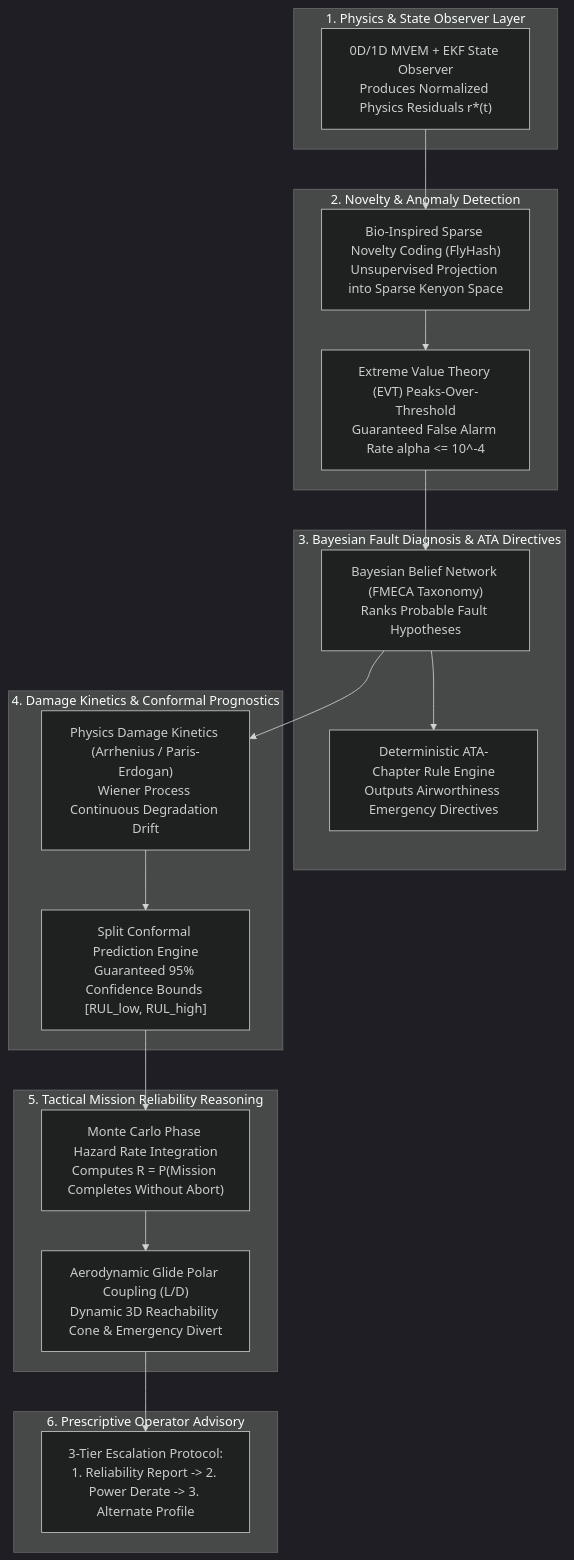
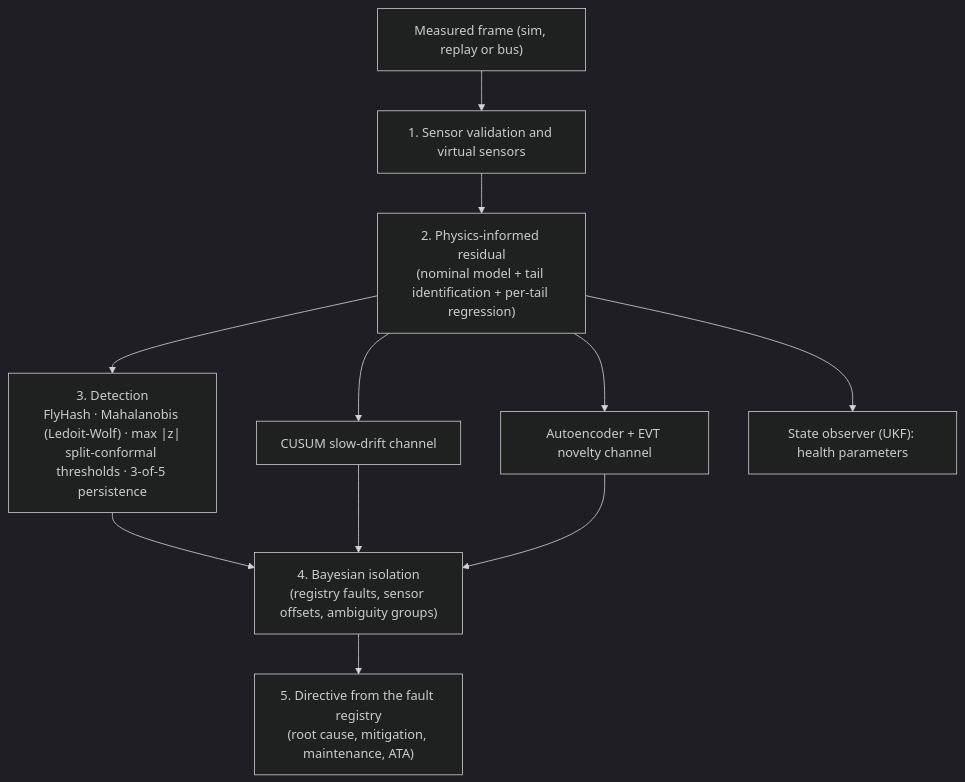
Before and after one commit to Aayush-Deshpande/Maverick: the diagram in docs_site/technical/09-ai-ml-architecture.md, drawn with Mermaid (dark theme). The commit also changed other lines of this file and 33 other files, not shown here.

````diff
--- a/docs_site/technical/09-ai-ml-architecture.md
+++ b/docs_site/technical/09-ai-ml-architecture.md
@@ -31,34 +9,11 @@
 ```mermaid
 flowchart TB
-    subgraph Physics["1. Physics & State Observer Layer"]
-        Res["0D/1D MVEM + EKF State Observer<br/>Produces Normalized Physics Residuals r*(t)"]
-    end
-    subgraph Novelty["2. Novelty & Anomaly Detection"]
-        Bloom["Bio-Inspired Sparse Novelty Coding (FlyHash)<br/>Unsupervised Projection into Sparse Kenyon Space"]
-        POT["Extreme Value Theory (EVT) Peaks-Over-Threshold<br/>Guaranteed False Alarm Rate alpha <= 10^-4"]
-        Res --> Bloom
-        Bloom --> POT
-    end
-    subgraph Diagnosis["3. Bayesian Fault Diagnosis & ATA Directives"]
-        BN["Bayesian Belief Network (FMECA Taxonomy)<br/>Ranks Probable Fault Hypotheses"]
-        ATA["Deterministic ATA-Chapter Rule Engine<br/>Outputs Airworthiness Emergency Directives"]
-        POT --> BN
-        BN --> ATA
-    end
-    subgraph Prognostics["4. Damage Kinetics & Conformal Prognostics"]
-        Damage["Physics Damage Kinetics (Arrhenius / Paris-Erdogan)<br/>Wiener Process Continuous Degradation Drift"]
-        Conf["Split Conformal Prediction Engine<br/>Guaranteed 95% Confidence Bounds [RUL_low, RUL_high]"]
-        BN --> Damage
-        Damage --> Conf
-    end
-    subgraph Mission["5. Tactical Mission Reliability Reasoning"]
-        MC["Monte Carlo Phase Hazard Rate Integration<br/>Computes R = P(Mission Completes Without Abort)"]
-        Cone["Aerodynamic Glide Polar Coupling (L/D)<br/>Dynamic 3D Reachability Cone & Emergency Divert"]
-        Conf --> MC
-        MC --> Cone
-    end
-    subgraph Advisory["6. Prescriptive Operator Advisory"]
-        Esc["3-Tier Escalation Protocol:<br/>1. Reliability Report -> 2. Power Derate -> 3. Alternate Profile"]
-        Cone --> Esc
-    end
+    F["Measured frame (sim, replay or bus)"] --> V["1. Sensor validation and virtual sensors"]
+    V --> R["2. Physics-informed residual<br/>(nominal model + tail identification + per-tail regression)"]
+    R --> D["3. Detection<br/>FlyHash · Mahalanobis (Ledoit-Wolf) · max |z|<br/>split-conformal thresholds · 3-of-5 persistence"]
+    R --> C["CUSUM slow-drift channel"]
+    R --> N["Autoencoder + EVT novelty channel"]
+    D & C & N --> I["4. Bayesian isolation<br/>(registry faults, sensor offsets, ambiguity groups)"]
+    I --> X["5. Directive from the fault registry<br/>(root cause, mitigation, maintenance, ATA)"]
+    R --> O["State observer (UKF): health parameters"]
 ```
````
